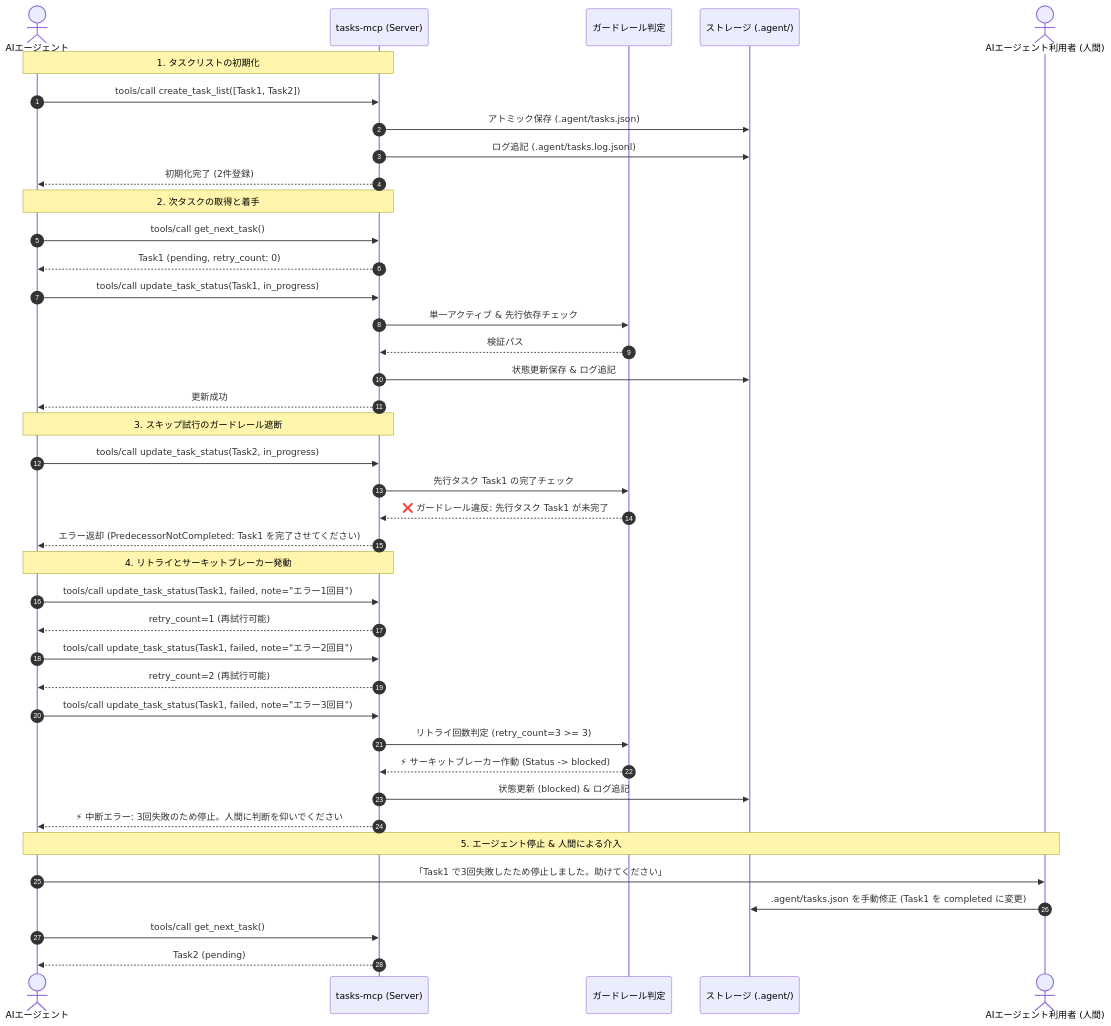
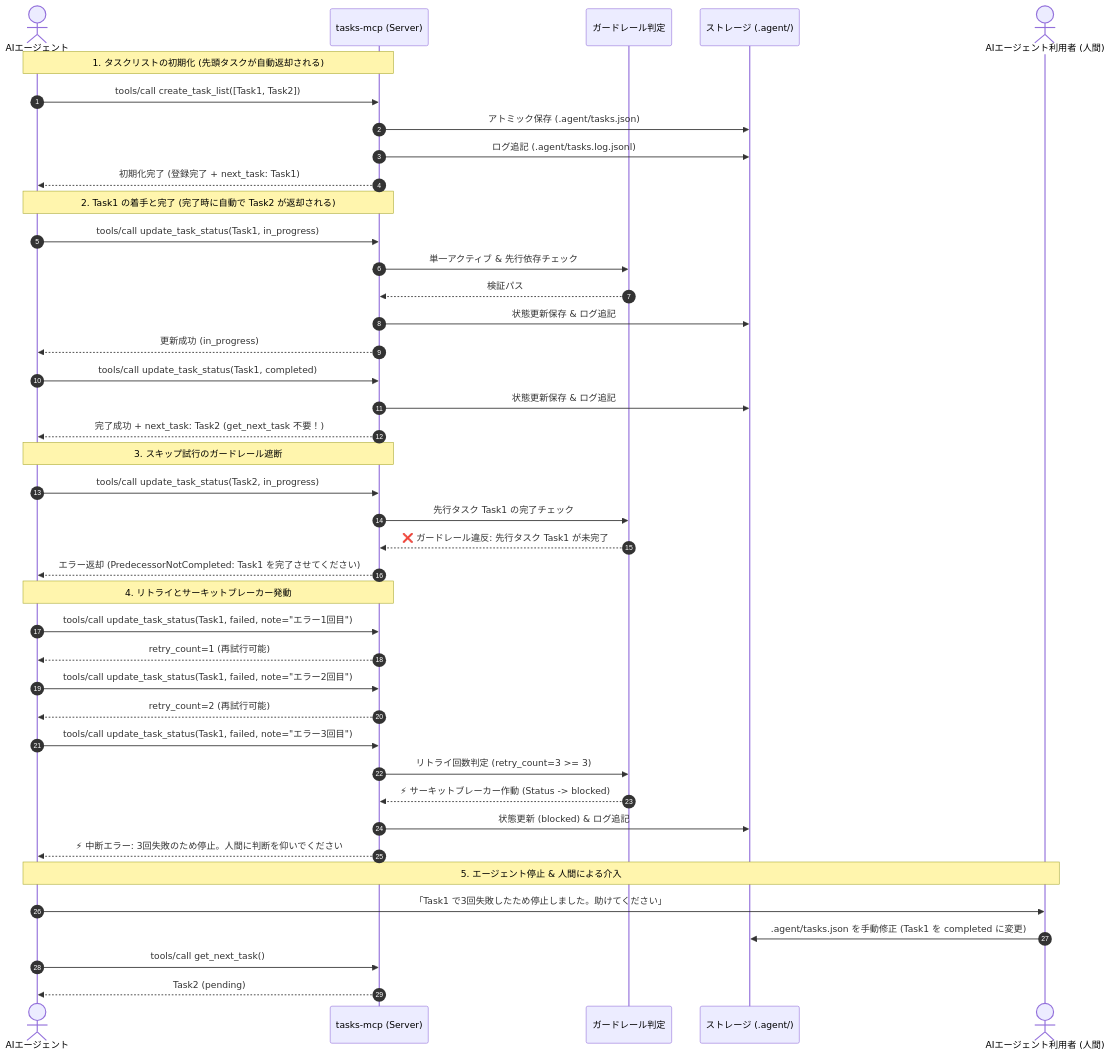
One commit to snaga/tasks-mcp changed the second of 5 diagrams in doc/design.md. Above: the diagram before and after it, drawn with Mermaid. The commit also changed other lines of this file and 1 other file, not shown here.

First line of the commit message:
docs(spec): enhance create_task_list and update_task_status to return next_task

````diff
--- a/doc/design.md
+++ b/doc/design.md
@@ -223,47 +223,48 @@
 ```mermaid
 sequenceDiagram
     autonumber
     actor Agent as AIエージェント
     participant Mcp as tasks-mcp (Server)
     participant Guard as ガードレール判定
     participant Storage as ストレージ (.agent/)
     actor User as AIエージェント利用者 (人間)
 
-    Note over Agent, Mcp: 1. タスクリストの初期化
+    Note over Agent, Mcp: 1. タスクリストの初期化 (先頭タスクが自動返却される)
     Agent->>Mcp: tools/call create_task_list([Task1, Task2])
     Mcp->>Storage: アトミック保存 (.agent/tasks.json)
     Mcp->>Storage: ログ追記 (.agent/tasks.log.jsonl)
-    Mcp-->>Agent: 初期化完了 (2件登録)
+    Mcp-->>Agent: 初期化完了 (登録完了 + next_task: Task1)
 
-    Note over Agent, Mcp: 2. 次タスクの取得と着手
-    Agent->>Mcp: tools/call get_next_task()
-    Mcp-->>Agent: Task1 (pending, retry_count: 0)
+    Note over Agent, Mcp: 2. Task1 の着手と完了 (完了時に自動で Task2 が返却される)
     Agent->>Mcp: tools/call update_task_status(Task1, in_progress)
     Mcp->>Guard: 単一アクティブ & 先行依存チェック
     Guard-->>Mcp: 検証パス
     Mcp->>Storage: 状態更新保存 & ログ追記
-    Mcp-->>Agent: 更新成功
+    Mcp-->>Agent: 更新成功 (in_progress)
+    Agent->>Mcp: tools/call update_task_status(Task1, completed)
+    Mcp->>Storage: 状態更新保存 & ログ追記
+    Mcp-->>Agent: 完了成功 + next_task: Task2 (get_next_task 不要！)
 
     Note over Agent, Mcp: 3. スキップ試行のガードレール遮断
     Agent->>Mcp: tools/call update_task_status(Task2, in_progress)
     Mcp->>Guard: 先行タスク Task1 の完了チェック
     Guard-->>Mcp: ❌ ガードレール違反: 先行タスク Task1 が未完了
     Mcp-->>Agent: エラー返却 (PredecessorNotCompleted: Task1 を完了させてください)
 
     Note over Agent, Mcp: 4. リトライとサーキットブレーカー発動
     Agent->>Mcp: tools/call update_task_status(Task1, failed, note="エラー1回目")
     Mcp-->>Agent: retry_count=1 (再試行可能)
     Agent->>Mcp: tools/call update_task_status(Task1, failed, note="エラー2回目")
     Mcp-->>Agent: retry_count=2 (再試行可能)
     Agent->>Mcp: tools/call update_task_status(Task1, failed, note="エラー3回目")
     Mcp->>Guard: リトライ回数判定 (retry_count=3 >= 3)
     Guard-->>Mcp: ⚡ サーキットブレーカー作動 (Status -> blocked)
     Mcp->>Storage: 状態更新 (blocked) & ログ追記
     Mcp-->>Agent: ⚡ 中断エラー: 3回失敗のため停止。人間に判断を仰いでください
 
     Note over Agent, User: 5. エージェント停止 & 人間による介入
     Agent->>User: 「Task1 で3回失敗したため停止しました。助けてください」
     User->>Storage: .agent/tasks.json を手動修正 (Task1 を completed に変更)
     Agent->>Mcp: tools/call get_next_task()
     Mcp-->>Agent: Task2 (pending)
 ```
````
